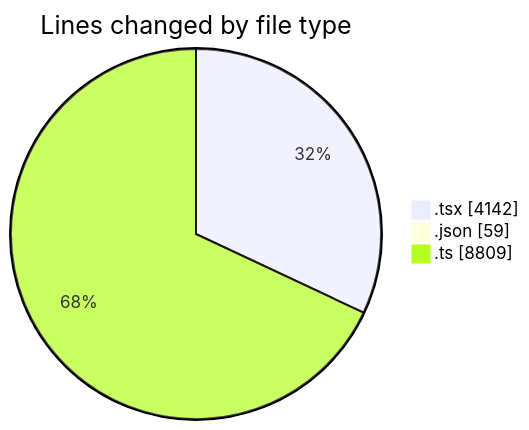
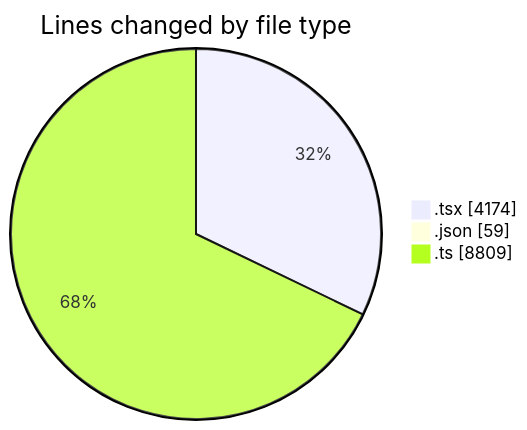
One commit to momahboobian/code-tracking changed the first of 2 diagrams in 2025-11-24/cda/README.md. Above: the diagram before and after it, drawn with Mermaid. The commit also changed other lines of this file and 1 other file, not shown here.

````diff
--- a/2025-11-24/cda/README.md
+++ b/2025-11-24/cda/README.md
@@ -34,7 +34,7 @@
 ```mermaid
 pie showData
 title Lines changed by file type
-".tsx" : 4142
+".tsx" : 4174
 ".json" : 59
 ".ts" : 8809
 ```
````
